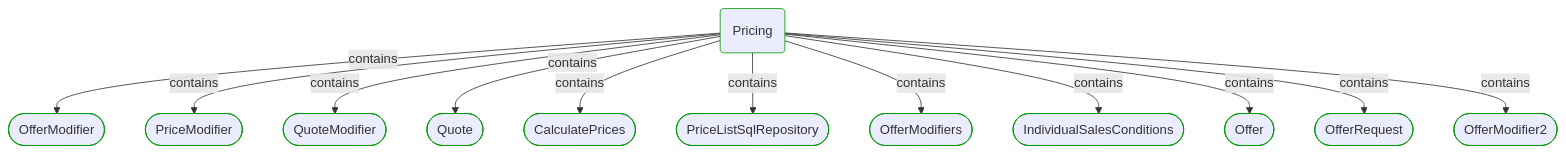
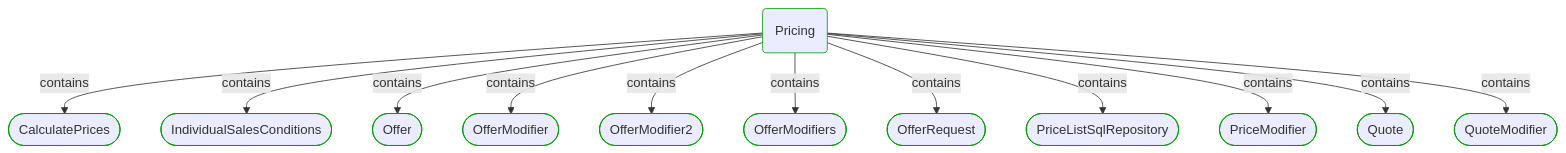
Before and after one commit to itlibrium/DDD-starter-dotnet: the third of 5 diagrams in Docs/P3/MermaidOutput/Modules/Sales/Pricing/Pricing.md, drawn with Mermaid. The commit also changed other lines of this file and 78 other files, not shown here.

````diff
--- a/Docs/P3/MermaidOutput/Modules/Sales/Pricing/Pricing.md
+++ b/Docs/P3/MermaidOutput/Modules/Sales/Pricing/Pricing.md
@@ -60,41 +60,41 @@
 ```mermaid
   flowchart TB
     0(Pricing)
     class 0 DomainPerspective
-    1([OfferModifier])
+    1([CalculatePrices])
     class 1 DomainPerspective
     0-->|contains|1
-    2([PriceModifier])
+    2([IndividualSalesConditions])
     class 2 DomainPerspective
     0-->|contains|2
-    3([QuoteModifier])
+    3([Offer])
     class 3 DomainPerspective
     0-->|contains|3
-    4([Quote])
+    4([OfferModifier])
     class 4 DomainPerspective
     0-->|contains|4
-    5([CalculatePrices])
+    5([OfferModifier2])
     class 5 DomainPerspective
     0-->|contains|5
-    6([PriceListSqlRepository])
+    6([OfferModifiers])
     class 6 DomainPerspective
     0-->|contains|6
-    7([OfferModifiers])
+    7([OfferRequest])
     class 7 DomainPerspective
     0-->|contains|7
-    8([IndividualSalesConditions])
+    8([PriceListSqlRepository])
     class 8 DomainPerspective
     0-->|contains|8
-    9([Offer])
+    9([PriceModifier])
     class 9 DomainPerspective
     0-->|contains|9
-    10([OfferRequest])
+    10([Quote])
     class 10 DomainPerspective
     0-->|contains|10
-    11([OfferModifier2])
+    11([QuoteModifier])
     class 11 DomainPerspective
     0-->|contains|11
     classDef DomainPerspective stroke:#009900
     classDef TechnologyPerspective stroke:#1F41EB
     classDef PeoplePerspective stroke:#FFF014
 ```
````
